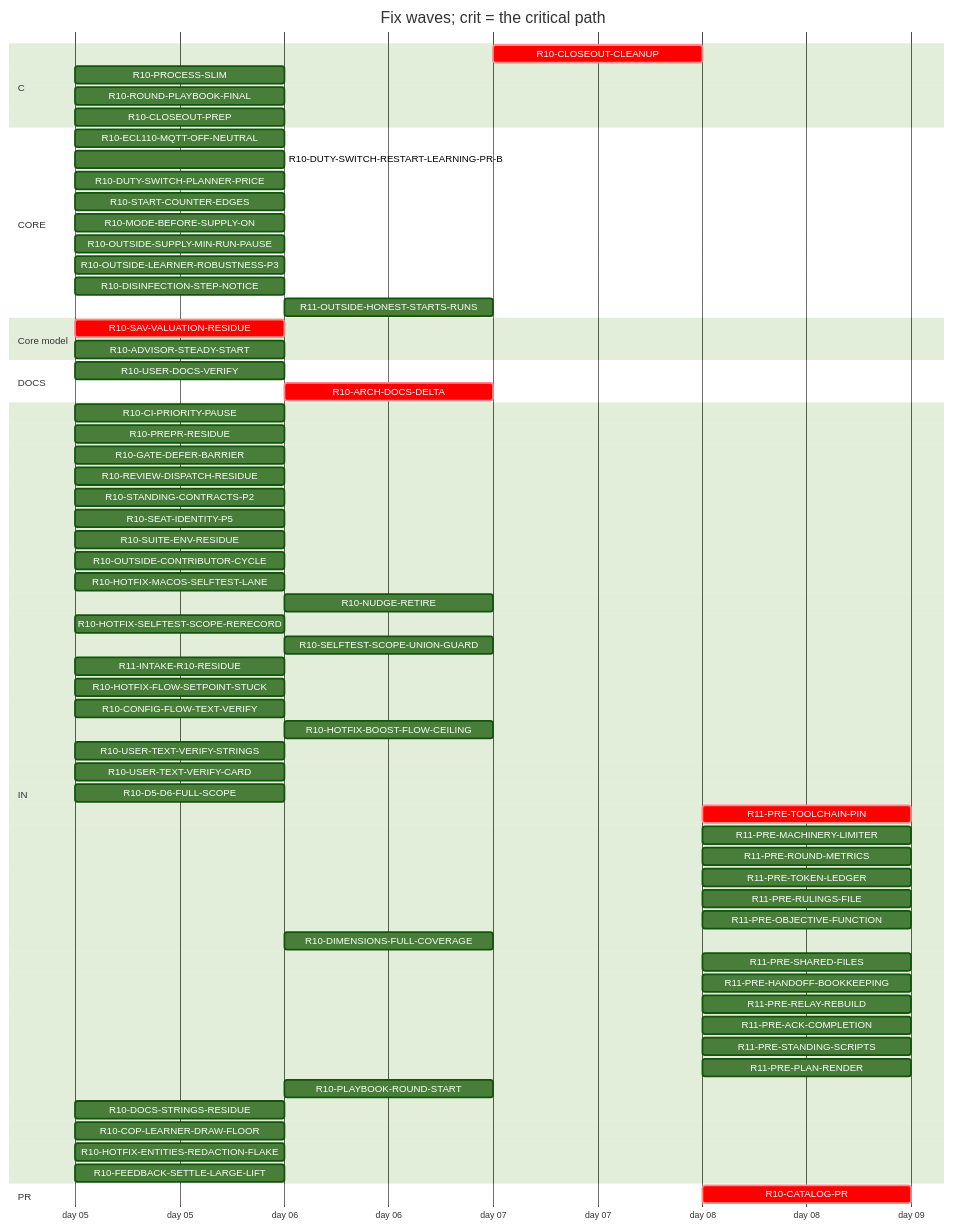
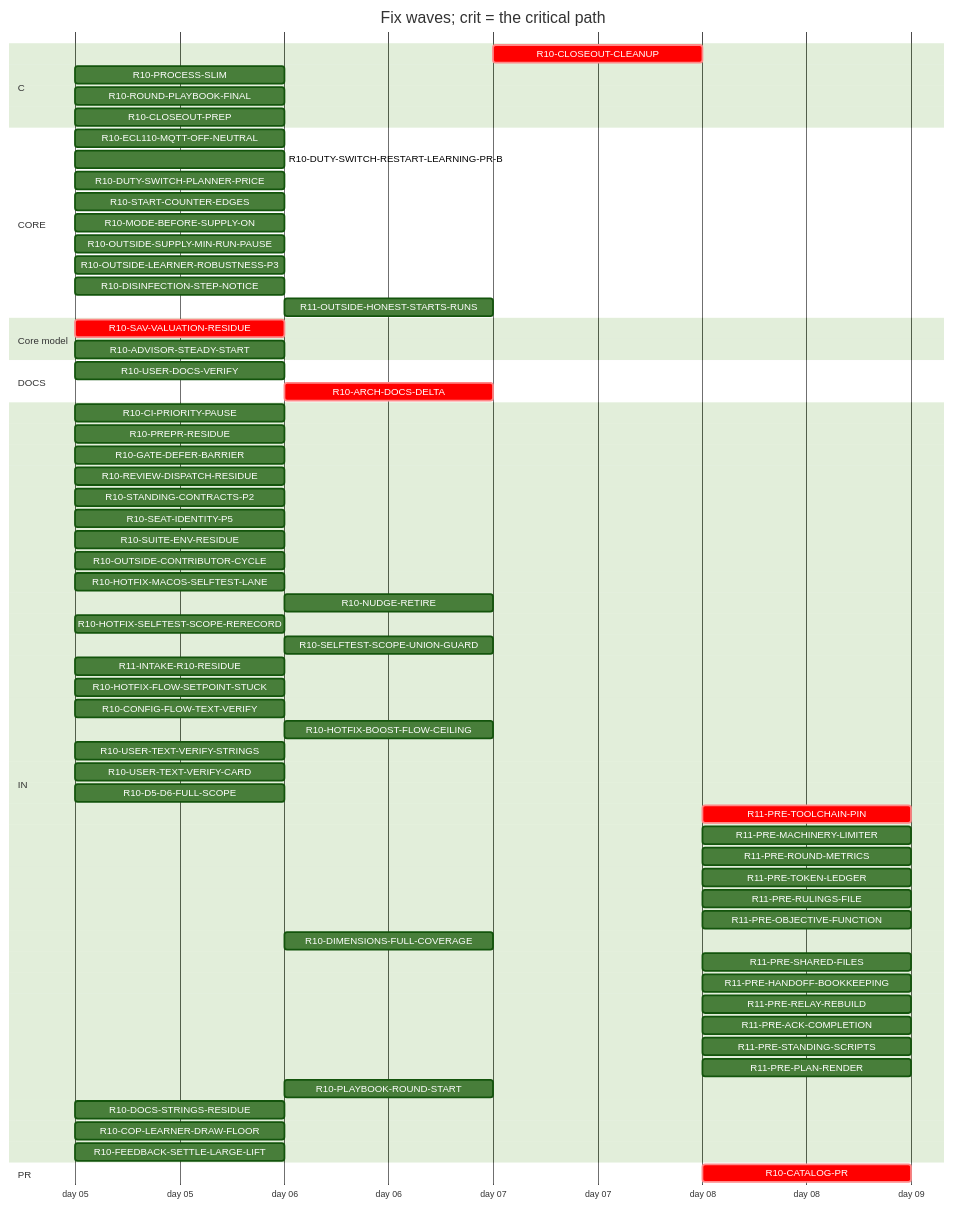
Before and after one commit to tvofi/heatpump_optimizer: the diagram in handoff/round10/state/PLAN-TABLE.md, drawn with Mermaid (forest theme). The commit also changed other lines of this file and 3 other files, not shown here.

Commit message:
state: FLOW-BOARD.md, NEXT-SESSION-PROMPT.md, PLAN-TABLE.md, RESUME-CURRENT.md regenerated (state_docs.py)

````diff
--- a/handoff/round10/state/PLAN-TABLE.md
+++ b/handoff/round10/state/PLAN-TABLE.md
@@ -19,67 +19,66 @@
 ```mermaid
 gantt
   title Fix waves; crit = the critical path
   dateFormat YYYY-MM-DD
   axisFormat day %d
   section C
     R10-CLOSEOUT-CLEANUP :crit, r10CLOSEOUTCLEANUP, after r10USERDOCSVERIFY r10CLOSEOUTPREP r10ARCHDOCSDELTA, 1d
     R10-PROCESS-SLIM :r10PROCESSSLIM, 2026-01-05, 1d
     R10-ROUND-PLAYBOOK-FINAL :r10ROUNDPLAYBOOKFINAL, 2026-01-05, 1d
     R10-CLOSEOUT-PREP :r10CLOSEOUTPREP, 2026-01-05, 1d
   section CORE
     R10-ECL110-MQTT-OFF-NEUTRAL :r10ECL110MQTTOFFNEUTRAL, 2026-01-05, 1d
     R10-DUTY-SWITCH-RESTART-LEARNING-PR-B :r10DUTYSWITCHRESTARTLEARNINGPRB, 2026-01-05, 1d
     R10-DUTY-SWITCH-PLANNER-PRICE :r10DUTYSWITCHPLANNERPRICE, 2026-01-05, 1d
     R10-START-COUNTER-EDGES :r10STARTCOUNTEREDGES, 2026-01-05, 1d
     R10-MODE-BEFORE-SUPPLY-ON :r10MODEBEFORESUPPLYON, 2026-01-05, 1d
     R10-OUTSIDE-SUPPLY-MIN-RUN-PAUSE :r10OUTSIDESUPPLYMINRUNPAUSE, 2026-01-05, 1d
     R10-OUTSIDE-LEARNER-ROBUSTNESS-P3 :r10OUTSIDELEARNERROBUSTNESSP3, 2026-01-05, 1d
     R10-DISINFECTION-STEP-NOTICE :r10DISINFECTIONSTEPNOTICE, 2026-01-05, 1d
     R11-OUTSIDE-HONEST-STARTS-RUNS :r11OUTSIDEHONESTSTARTSRUNS, after r10DUTYSWITCHPLANNERPRICE r10OUTSIDESUPPLYMINRUNPAUSE r10ADVISORSTEADYSTART, 1d
   section Core model
     R10-SAV-VALUATION-RESIDUE :crit, r10SAVVALUATIONRESIDUE, 2026-01-05, 1d
     R10-ADVISOR-STEADY-START :r10ADVISORSTEADYSTART, 2026-01-05, 1d
   section DOCS
     R10-USER-DOCS-VERIFY :r10USERDOCSVERIFY, 2026-01-05, 1d
     R10-ARCH-DOCS-DELTA :crit, r10ARCHDOCSDELTA, after r10SAVVALUATIONRESIDUE r10ADVISORSTEADYSTART, 1d
   section IN
     R10-CI-PRIORITY-PAUSE :r10CIPRIORITYPAUSE, 2026-01-05, 1d
     R10-PREPR-RESIDUE :r10PREPRRESIDUE, 2026-01-05, 1d
     R10-GATE-DEFER-BARRIER :r10GATEDEFERBARRIER, 2026-01-05, 1d
     R10-REVIEW-DISPATCH-RESIDUE :r10REVIEWDISPATCHRESIDUE, 2026-01-05, 1d
     R10-STANDING-CONTRACTS-P2 :r10STANDINGCONTRACTSP2, 2026-01-05, 1d
     R10-SEAT-IDENTITY-P5 :r10SEATIDENTITYP5, 2026-01-05, 1d
     R10-SUITE-ENV-RESIDUE :r10SUITEENVRESIDUE, 2026-01-05, 1d
     R10-OUTSIDE-CONTRIBUTOR-CYCLE :r10OUTSIDECONTRIBUTORCYCLE, 2026-01-05, 1d
     R10-HOTFIX-MACOS-SELFTEST-LANE :r10HOTFIXMACOSSELFTESTLANE, 2026-01-05, 1d
     R10-NUDGE-RETIRE :r10NUDGERETIRE, after r10ROUNDPLAYBOOKFINAL, 1d
     R10-HOTFIX-SELFTEST-SCOPE-RERECORD :r10HOTFIXSELFTESTSCOPERERECORD, 2026-01-05, 1d
     R10-SELFTEST-SCOPE-UNION-GUARD :r10SELFTESTSCOPEUNIONGUARD, after r10HOTFIXSELFTESTSCOPERERECORD, 1d
     R11-INTAKE-R10-RESIDUE :r11INTAKER10RESIDUE, 2026-01-05, 1d
     R10-HOTFIX-FLOW-SETPOINT-STUCK :r10HOTFIXFLOWSETPOINTSTUCK, 2026-01-05, 1d
     R10-CONFIG-FLOW-TEXT-VERIFY :r10CONFIGFLOWTEXTVERIFY, 2026-01-05, 1d
     R10-HOTFIX-BOOST-FLOW-CEILING :r10HOTFIXBOOSTFLOWCEILING, after r10HOTFIXFLOWSETPOINTSTUCK, 1d
     R10-USER-TEXT-VERIFY-STRINGS :r10USERTEXTVERIFYSTRINGS, 2026-01-05, 1d
     R10-USER-TEXT-VERIFY-CARD :r10USERTEXTVERIFYCARD, 2026-01-05, 1d
     R10-D5-D6-FULL-SCOPE :r10D5D6FULLSCOPE, 2026-01-05, 1d
     R11-PRE-TOOLCHAIN-PIN :crit, r11PRETOOLCHAINPIN, after r10CATALOGPR, 1d
     R11-PRE-MACHINERY-LIMITER :r11PREMACHINERYLIMITER, after r10CATALOGPR, 1d
     R11-PRE-ROUND-METRICS :r11PREROUNDMETRICS, after r10CATALOGPR, 1d
     R11-PRE-TOKEN-LEDGER :r11PRETOKENLEDGER, after r10CATALOGPR, 1d
     R11-PRE-RULINGS-FILE :r11PRERULINGSFILE, after r10CATALOGPR, 1d
     R11-PRE-OBJECTIVE-FUNCTION :r11PREOBJECTIVEFUNCTION, after r10CATALOGPR, 1d
     R10-DIMENSIONS-FULL-COVERAGE :r10DIMENSIONSFULLCOVERAGE, after r10D5D6FULLSCOPE, 1d
     R11-PRE-SHARED-FILES :r11PRESHAREDFILES, after r10CATALOGPR, 1d
     R11-PRE-HANDOFF-BOOKKEEPING :r11PREHANDOFFBOOKKEEPING, after r10CATALOGPR, 1d
     R11-PRE-RELAY-REBUILD :r11PRERELAYREBUILD, after r10CATALOGPR, 1d
     R11-PRE-ACK-COMPLETION :r11PREACKCOMPLETION, after r10CATALOGPR, 1d
     R11-PRE-STANDING-SCRIPTS :r11PRESTANDINGSCRIPTS, after r10CATALOGPR, 1d
     R11-PRE-PLAN-RENDER :r11PREPLANRENDER, after r10CATALOGPR, 1d
     R10-PLAYBOOK-ROUND-START :r10PLAYBOOKROUNDSTART, after r10ROUNDPLAYBOOKFINAL, 1d
     R10-DOCS-STRINGS-RESIDUE :r10DOCSSTRINGSRESIDUE, 2026-01-05, 1d
     R10-COP-LEARNER-DRAW-FLOOR :r10COPLEARNERDRAWFLOOR, 2026-01-05, 1d
-    R10-HOTFIX-ENTITIES-REDACTION-FLAKE :r10HOTFIXENTITIESREDACTIONFLAKE, 2026-01-05, 1d
     R10-FEEDBACK-SETTLE-LARGE-LIFT :r10FEEDBACKSETTLELARGELIFT, 2026-01-05, 1d
   section PR
     R10-CATALOG-PR :crit, r10CATALOGPR, after r10USERDOCSVERIFY r10CLOSEOUTCLEANUP r10CLOSEOUTPREP r10ARCHDOCSDELTA, 1d
 ```
````
